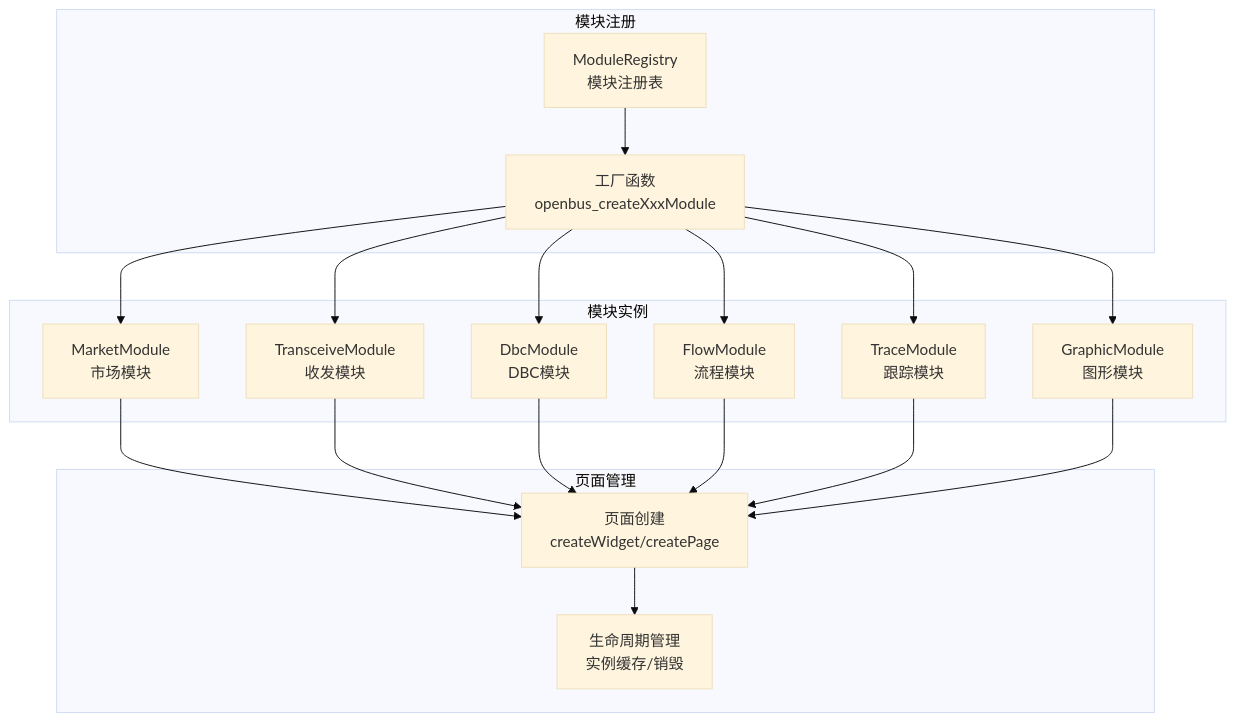
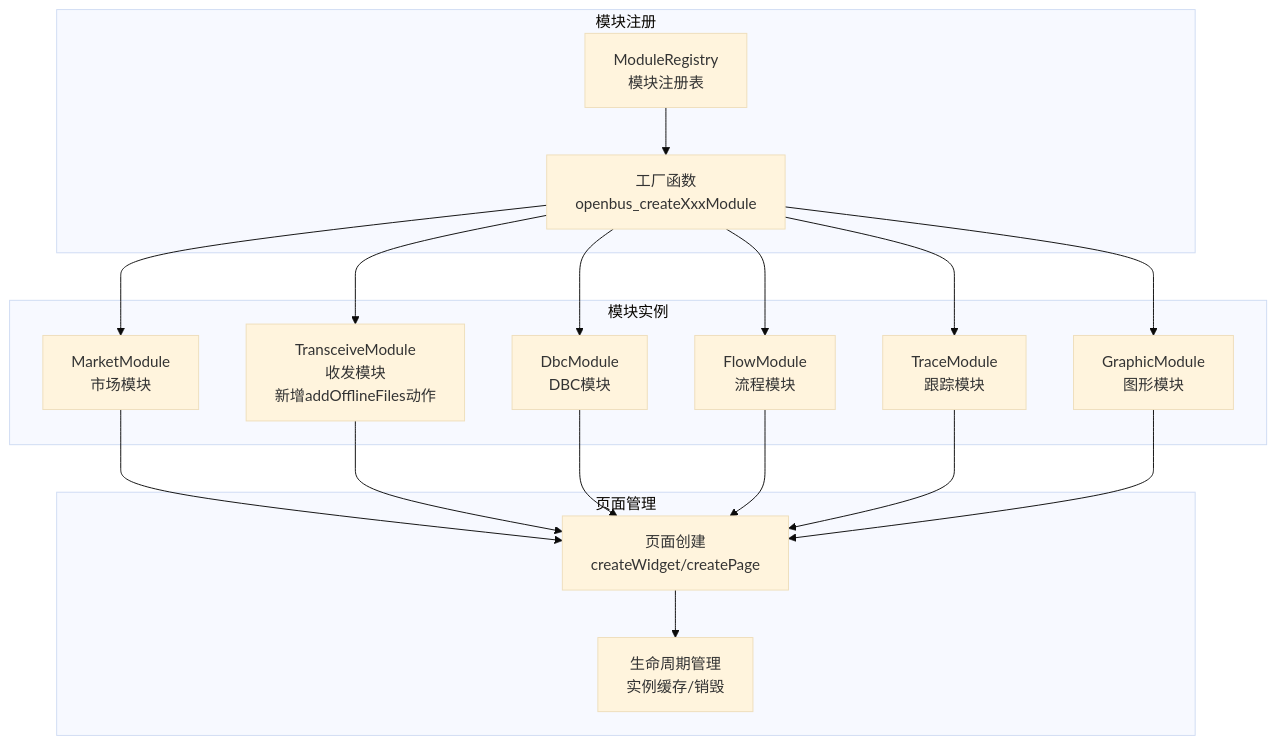
Diagram 13 of 47 in .qoder/repowiki/zh/content/架构设计/UI系统设计/UI系统设计.md (jakecai1225-design/OpenBus), drawn with Mermaid (base theme) before and after one commit. The commit also changed other lines of this file and 12 other files, not shown here.

Commit message:
graphic回放bug

````diff
--- a/.qoder/repowiki/zh/content/架构设计/UI系统设计/UI系统设计.md
+++ b/.qoder/repowiki/zh/content/架构设计/UI系统设计/UI系统设计.md
@@ -1054,33 +1080,33 @@
 ```mermaid
 graph TB
 subgraph "模块注册"
 MR["ModuleRegistry<br/>模块注册表"]
 MF["工厂函数<br/>openbus_createXxxModule"]
 end
 subgraph "模块实例"
 MM["MarketModule<br/>市场模块"]
-TM["TransceiveModule<br/>收发模块"]
+TM["TransceiveModule<br/>收发模块<br/>新增addOfflineFiles动作"]
 DM["DbcModule<br/>DBC模块"]
 FM["FlowModule<br/>流程模块"]
 TRM["TraceModule<br/>跟踪模块"]
 GM["GraphicModule<br/>图形模块"]
 end
 subgraph "页面管理"
 PW["页面创建<br/>createWidget/createPage"]
 LC["生命周期管理<br/>实例缓存/销毁"]
 end
 MR --> MF
 MF --> MM
 MF --> TM
 MF --> DM
 MF --> FM
 MF --> TRM
 MF --> GM
 MM --> PW
 TM --> PW
 DM --> PW
 FM --> PW
 TRM --> PW
 GM --> PW
 PW --> LC
 ```
````
